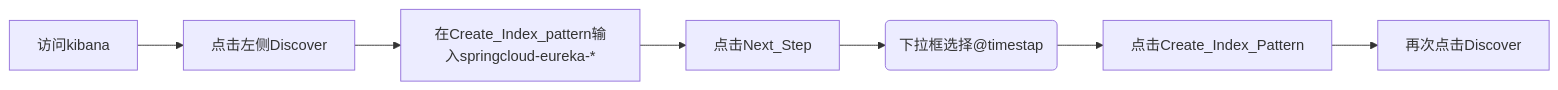
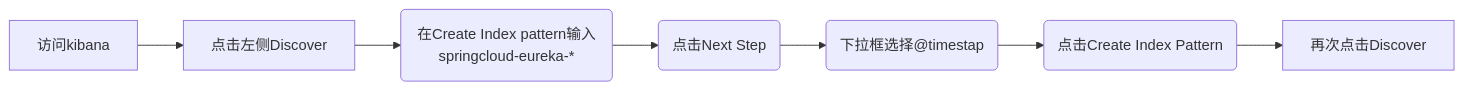
Before and after one commit to lingwh1995/books: diagram 29 of 54 in backend/springcloud/springcloud-eureka/springcloud-eureka.md, drawn with Mermaid. The commit also changed other lines of this file, not shown here.

````diff
--- a/backend/springcloud/springcloud-eureka/springcloud-eureka.md
+++ b/backend/springcloud/springcloud-eureka/springcloud-eureka.md
@@ -2360,9 +2360,9 @@
 ```mermaid
 flowchart LR
     访问kibana-->点击左侧Discover
-    点击左侧Discover-->在Create_Index_pattern输入springcloud-eureka-*
-    在Create_Index_pattern输入springcloud-eureka-*-->点击Next_Step
-    点击Next_Step-->X("下拉框选择@timestap")
-    X("下拉框选择@timestap")-->点击Create_Index_Pattern
-    点击Create_Index_Pattern-->再次点击Discover
+    点击左侧Discover-->A("在Create Index pattern输入springcloud-eureka-*")
+    A("在Create Index pattern输入springcloud-eureka-*")-->B("点击Next Step")
+    B("点击Next Step")-->C("下拉框选择@timestap")
+    C("下拉框选择@timestap")-->D("点击Create Index Pattern")
+    D("点击Create Index Pattern")-->再次点击Discover
 ```
````
